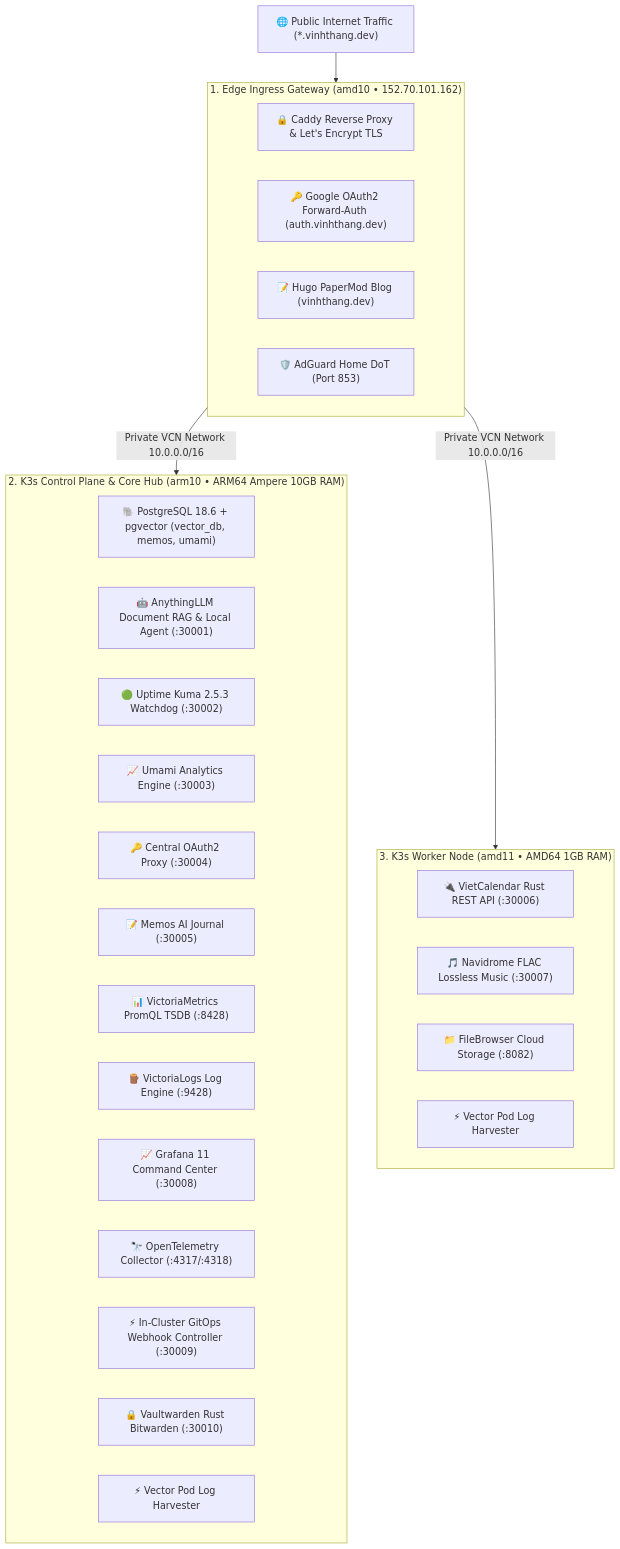
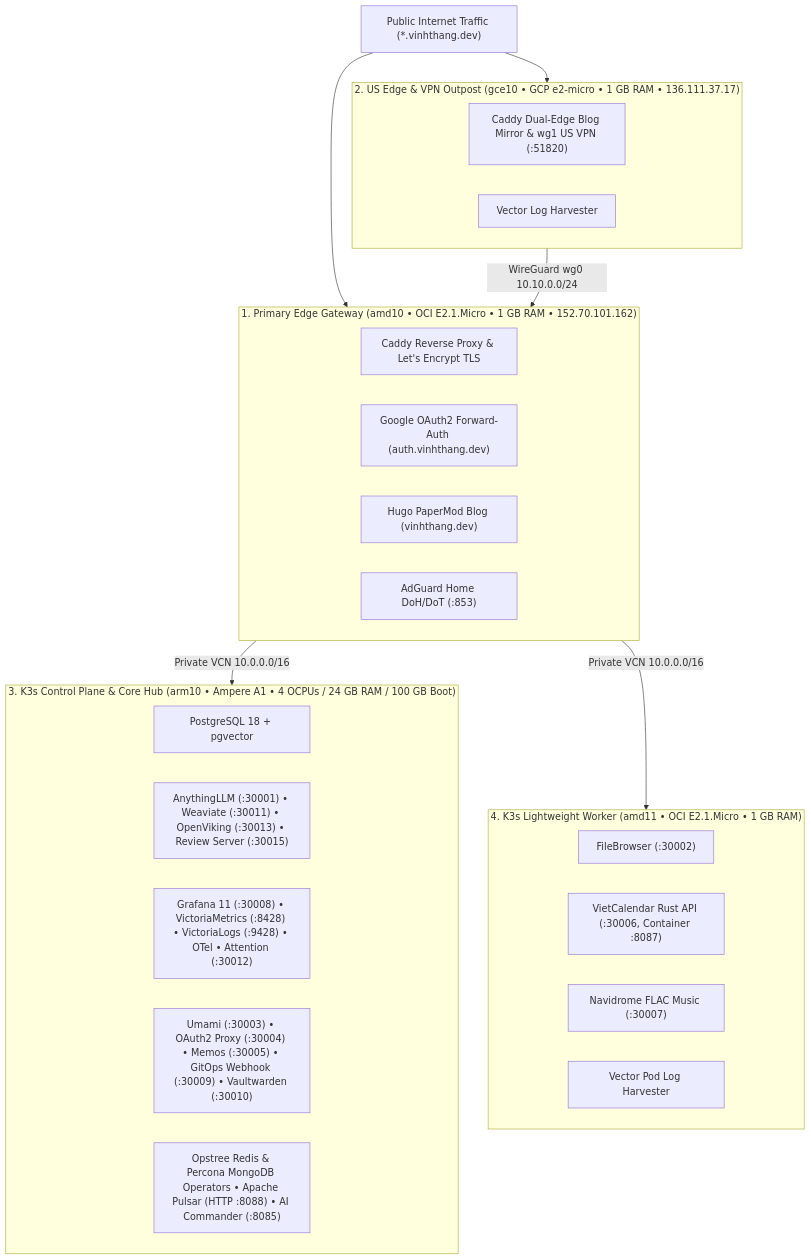
Before and after one commit to vinhthang/oci: the diagram in README.md, drawn with Mermaid. The commit also changed other lines of this file and 201 other files, not shown here.

Commit message:
feat(fleet): reconcile ADR-0053 hardening, Layer 1 healthchecks, Caddy per_host, and ai-incident-commander v0.3.0

````diff
--- a/README.md
+++ b/README.md
@@ -18,37 +18,36 @@
 ```mermaid
 graph TD
-    User["🌐 Public Internet Traffic (*.vinhthang.dev)"] --> Edge
+    User["Public Internet Traffic (*.vinhthang.dev)"] --> EdgeOCI
+    User --> EdgeGCP
 
-    subgraph Edge["1. Edge Ingress Gateway (amd10 • 152.70.101.162)"]
-        Caddy["🔒 Caddy Reverse Proxy & Let's Encrypt TLS"]
-        SSO["🔑 Google OAuth2 Forward-Auth (auth.vinhthang.dev)"]
-        Blog["📝 Hugo PaperMod Blog (vinhthang.dev)"]
-        DNS["🛡️ AdGuard Home DoT (Port 853)"]
+    subgraph EdgeOCI["1. Primary Edge Gateway (amd10 • OCI E2.1.Micro • 1 GB RAM • 152.70.101.162)"]
+        Caddy["Caddy Reverse Proxy & Let's Encrypt TLS"]
+        SSO["Google OAuth2 Forward-Auth (auth.vinhthang.dev)"]
+        Blog["Hugo PaperMod Blog (vinhthang.dev)"]
+        DNS["AdGuard Home DoH/DoT (:853)"]
     end
 
-    Edge -->|Private VCN Network 10.0.0.0/16| K8sMaster
-    Edge -->|Private VCN Network 10.0.0.0/16| K8sWorker
-
-    subgraph K8sMaster["2. K3s Control Plane & Core Hub (arm10 • ARM64 Ampere 10GB RAM)"]
-        PG["🐘 PostgreSQL 18.6 + pgvector (vector_db, memos, umami)"]
-        AI["🤖 AnythingLLM Document RAG & Local Agent (:30001)"]
-        Kuma["🟢 Uptime Kuma 2.5.3 Watchdog (:30002)"]
-        Umami["📈 Umami Analytics Engine (:30003)"]
-        OAuth["🔑 Central OAuth2 Proxy (:30004)"]
-        Memos["📝 Memos AI Journal (:30005)"]
-        VM["📊 VictoriaMetrics PromQL TSDB (:8428)"]
-        VL["🪵 VictoriaLogs Log Engine (:9428)"]
-        Grafana["📈 Grafana 11 Command Center (:30008)"]
-        OTel["🔭 OpenTelemetry Collector (:4317/:4318)"]
-        GitOps["⚡ In-Cluster GitOps Webhook Controller (:30009)"]
-        VW["🔒 Vaultwarden Rust Bitwarden (:30010)"]
-        VectorMaster["⚡ Vector Pod Log Harvester"]
+    subgraph EdgeGCP["2. US Edge & VPN Outpost (gce10 • GCP e2-micro • 1 GB RAM • 136.111.37.17)"]
+        CaddyUS["Caddy Dual-Edge Blog Mirror & wg1 US VPN (:51820)"]
+        VectorUS["Vector Log Harvester"]
     end
 
-    subgraph K8sWorker["3. K3s Worker Node (amd11 • AMD64 1GB RAM)"]
-        VC["🔌 VietCalendar Rust REST API (:30006)"]
-        Navi["🎵 Navidrome FLAC Lossless Music (:30007)"]
-        Files["📁 FileBrowser Cloud Storage (:8082)"]
-        VectorWorker["⚡ Vector Pod Log Harvester"]
+    EdgeOCI -->|Private VCN 10.0.0.0/16| K8sMaster
+    EdgeOCI -->|Private VCN 10.0.0.0/16| K8sWorker
+    EdgeGCP -->|WireGuard wg0 10.10.0.0/24| EdgeOCI
+
+    subgraph K8sMaster["3. K3s Control Plane & Core Hub (arm10 • Ampere A1 • 4 OCPUs / 24 GB RAM / 100 GB Boot)"]
+        PG["PostgreSQL 18 + pgvector"]
+        AI["AnythingLLM (:30001) • Weaviate (:30011) • OpenViking (:30013) • Review Server (:30015)"]
+        Obs["Grafana 11 (:30008) • VictoriaMetrics (:8428) • VictoriaLogs (:9428) • OTel • Attention (:30012)"]
+        Apps["Umami (:30003) • OAuth2 Proxy (:30004) • Memos (:30005) • GitOps Webhook (:30009) • Vaultwarden (:30010)"]
+        Data["Opstree Redis & Percona MongoDB Operators • Apache Pulsar (HTTP :8088) • AI Commander (:8085)"]
+    end
+
+    subgraph K8sWorker["4. K3s Lightweight Worker (amd11 • OCI E2.1.Micro • 1 GB RAM)"]
+        Files["FileBrowser (:30002)"]
+        VC["VietCalendar Rust API (:30006, Container :8087)"]
+        Navi["Navidrome FLAC Music (:30007)"]
+        VectorWorker["Vector Pod Log Harvester"]
     end
 ```
````
